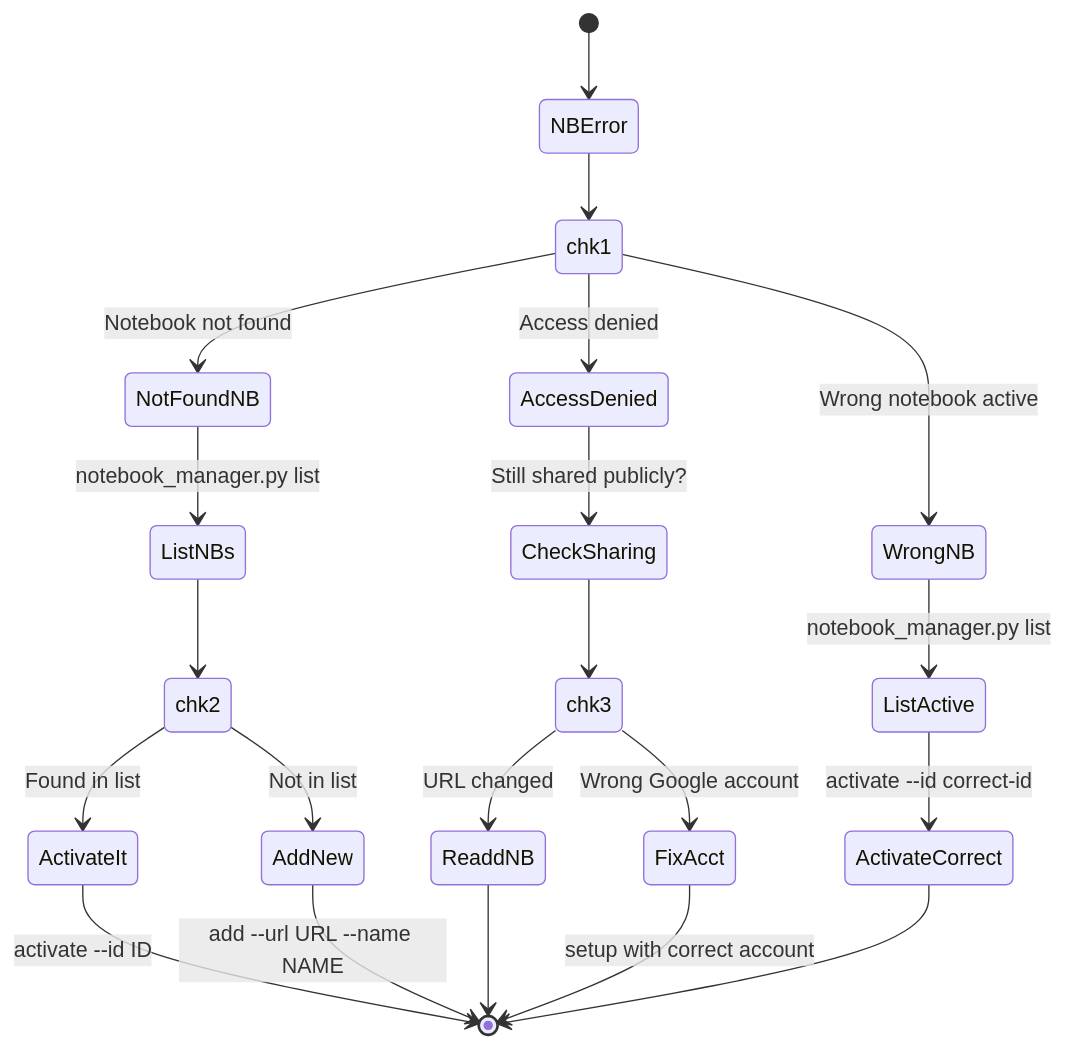
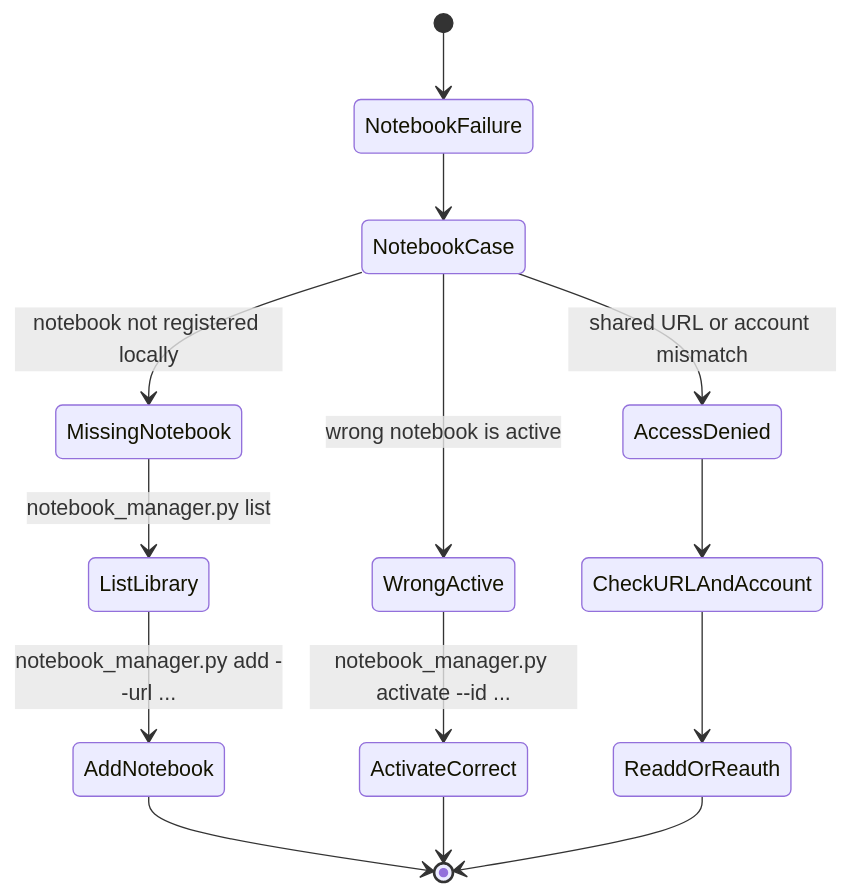
Before and after one commit to khengyun/notebooklm-experts-skill: the fourth of 6 diagrams in references/troubleshooting.md, drawn with Mermaid. The commit also changed other lines of this file and 23 other files, not shown here.

````diff
--- a/references/troubleshooting.md
+++ b/references/troubleshooting.md
@@ -126,30 +98,21 @@
 ```mermaid
 stateDiagram-v2
-    [*] --> NBError
+    [*] --> NotebookFailure
 
-    NBError --> chk1
-    state chk1 <<choice>>
-    chk1 --> NotFoundNB: Notebook not found
-    chk1 --> AccessDenied: Access denied
-    chk1 --> WrongNB: Wrong notebook active
+    NotebookFailure --> NotebookCase
+    state NotebookCase <<choice>>
+    NotebookCase --> MissingNotebook: notebook not registered locally
+    NotebookCase --> WrongActive: wrong notebook is active
+    NotebookCase --> AccessDenied: shared URL or account mismatch
 
-    NotFoundNB --> ListNBs: notebook_manager.py list
-    ListNBs --> chk2
-    state chk2 <<choice>>
-    chk2 --> ActivateIt: Found in list
-    chk2 --> AddNew: Not in list
-    ActivateIt --> [*]: activate --id ID
-    AddNew --> [*]: add --url URL --name NAME
+    MissingNotebook --> ListLibrary: notebook_manager.py list
+    ListLibrary --> AddNotebook: notebook_manager.py add --url ...
+    AddNotebook --> [*]
 
-    AccessDenied --> CheckSharing: Still shared publicly?
-    CheckSharing --> chk3
-    state chk3 <<choice>>
-    chk3 --> ReaddNB: URL changed
-    chk3 --> FixAcct: Wrong Google account
-    ReaddNB --> [*]
-    FixAcct --> [*]: setup with correct account
+    WrongActive --> ActivateCorrect: notebook_manager.py activate --id ...
+    ActivateCorrect --> [*]
 
-    WrongNB --> ListActive: notebook_manager.py list
-    ListActive --> ActivateCorrect: activate --id correct-id
-    ActivateCorrect --> [*]
+    AccessDenied --> CheckURLAndAccount
+    CheckURLAndAccount --> ReaddOrReauth
+    ReaddOrReauth --> [*]
 ```
````
